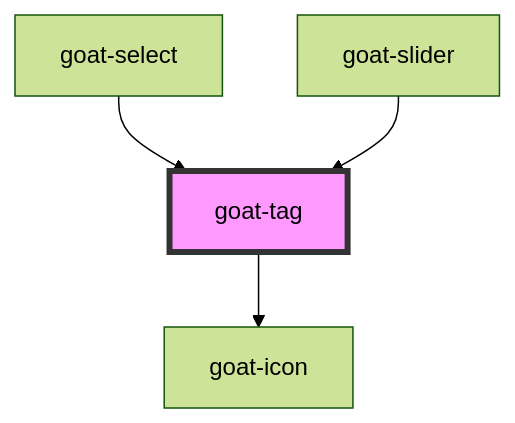
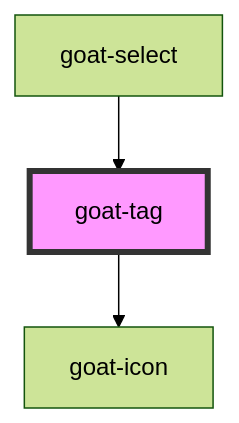
One commit to goatui/components changed the diagram in src/components/data-display/tag/readme.md. Above: the diagram before and after it, drawn with Mermaid (forest theme). The commit also changed other lines of this file and 60 other files, not shown here.

````diff
--- a/src/components/data-display/tag/readme.md
+++ b/src/components/data-display/tag/readme.md
@@ -37,7 +36,6 @@
 ```mermaid
 graph TD;
   goat-tag --> goat-icon
   goat-select --> goat-tag
-  goat-slider --> goat-tag
   style goat-tag fill:#f9f,stroke:#333,stroke-width:4px
 ```
````
